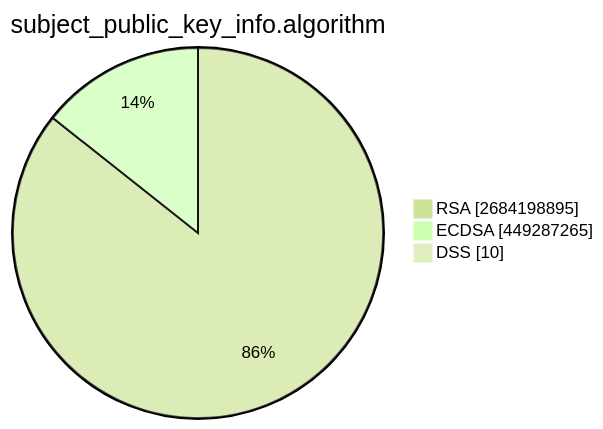
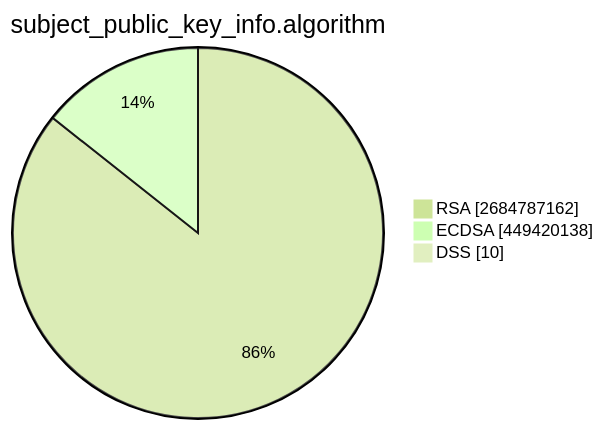
Before and after one commit to christiankrug/ctmonitor_visualization: the second of 15 diagrams in TOTAL/README.md, drawn with Mermaid (forest theme). The commit also changed other lines of this file, not shown here.

````diff
--- a/TOTAL/README.md
+++ b/TOTAL/README.md
@@ -6,7 +6,7 @@
 ```mermaid
 pie showData
 title subject_public_key_info.algorithm
-"RSA" :2684198895
-"ECDSA" :449287265
+"RSA" :2684787162
+"ECDSA" :449420138
 "DSS" :10
 ```
````
